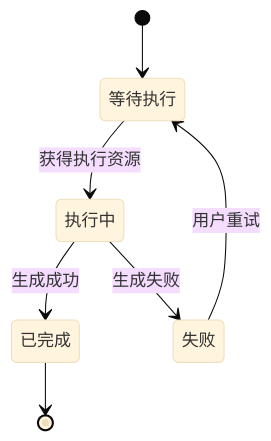
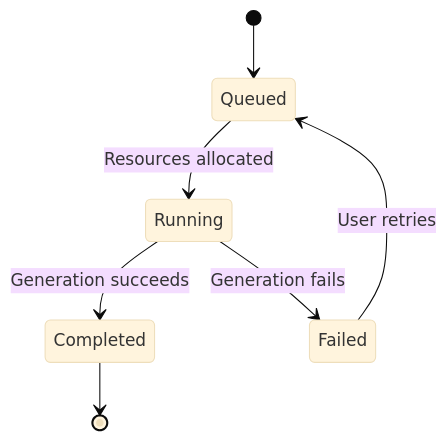
Before and after one commit to def-peter/fuxian: the first of 3 diagrams in skills/fuxian-diagram/references/mermaid/state-class-er.md, drawn with Mermaid (base theme). The commit also changed other lines of this file and 43 other files, not shown here.

Commit message:
feat(skills): internationalize diagram guides and expand type selection

````diff
--- a/skills/fuxian-diagram/references/mermaid/state-class-er.md
+++ b/skills/fuxian-diagram/references/mermaid/state-class-er.md
@@ -7,13 +7,13 @@
 ```mermaid
 stateDiagram-v2
-  state "等待执行" as Queued
-  state "执行中" as Running
-  state "已完成" as Done
-  state "失败" as Failed
+  state "Queued" as Queued
+  state "Running" as Running
+  state "Completed" as Done
+  state "Failed" as Failed
   [*] --> Queued
-  Queued --> Running: 获得执行资源
-  Running --> Done: 生成成功
-  Running --> Failed: 生成失败
-  Failed --> Queued: 用户重试
+  Queued --> Running: Resources allocated
+  Running --> Done: Generation succeeds
+  Running --> Failed: Generation fails
+  Failed --> Queued: User retries
   Done --> [*]
 ```
````
